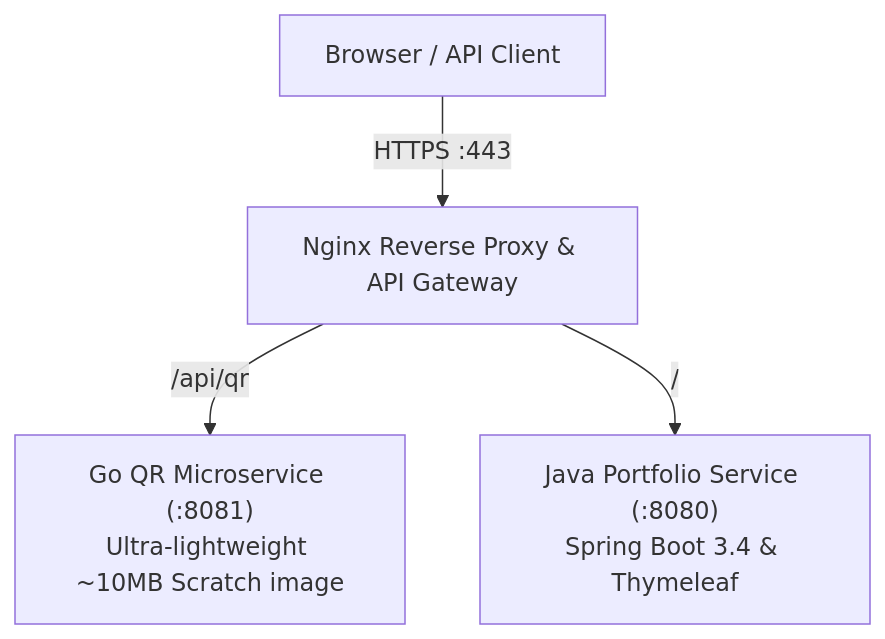
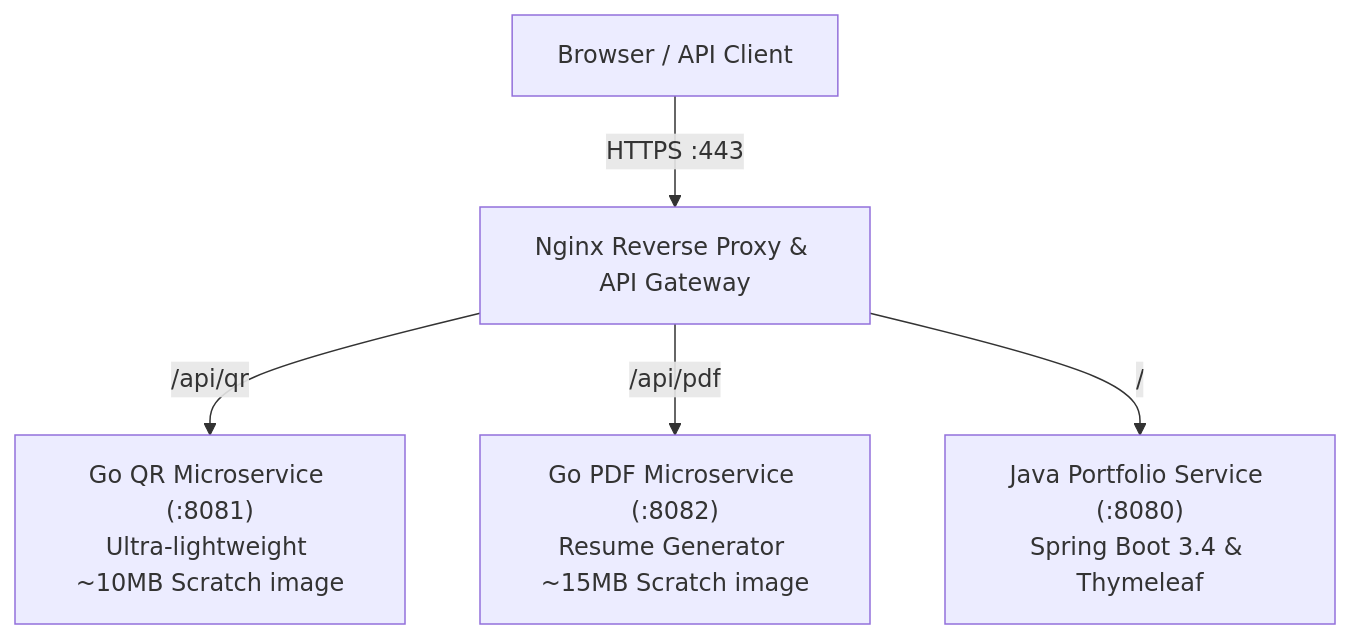
The first of 2 diagrams in README.md (AndreyJVM/portfolio-service), drawn with Mermaid before and after one commit. The commit also changed other lines of this file and 17 other files, not shown here.

Commit message:
feat(microservices): add Go PDF resume generator microservice, API routes, templates and tests (140 total tests)

````diff
--- a/README.md
+++ b/README.md
@@ -35,6 +35,7 @@
 ```mermaid
 flowchart TD
     Client["Browser / API Client"] -->|HTTPS :443| Nginx["Nginx Reverse Proxy & API Gateway"]
     Nginx -->|/api/qr| GoQR["Go QR Microservice (:8081)<br/>Ultra-lightweight ~10MB Scratch image"]
+    Nginx -->|/api/pdf| GoPDF["Go PDF Microservice (:8082)<br/>Resume Generator ~15MB Scratch image"]
     Nginx -->|/| JavaApp["Java Portfolio Service (:8080)<br/>Spring Boot 3.4 & Thymeleaf"]
 ```
````
